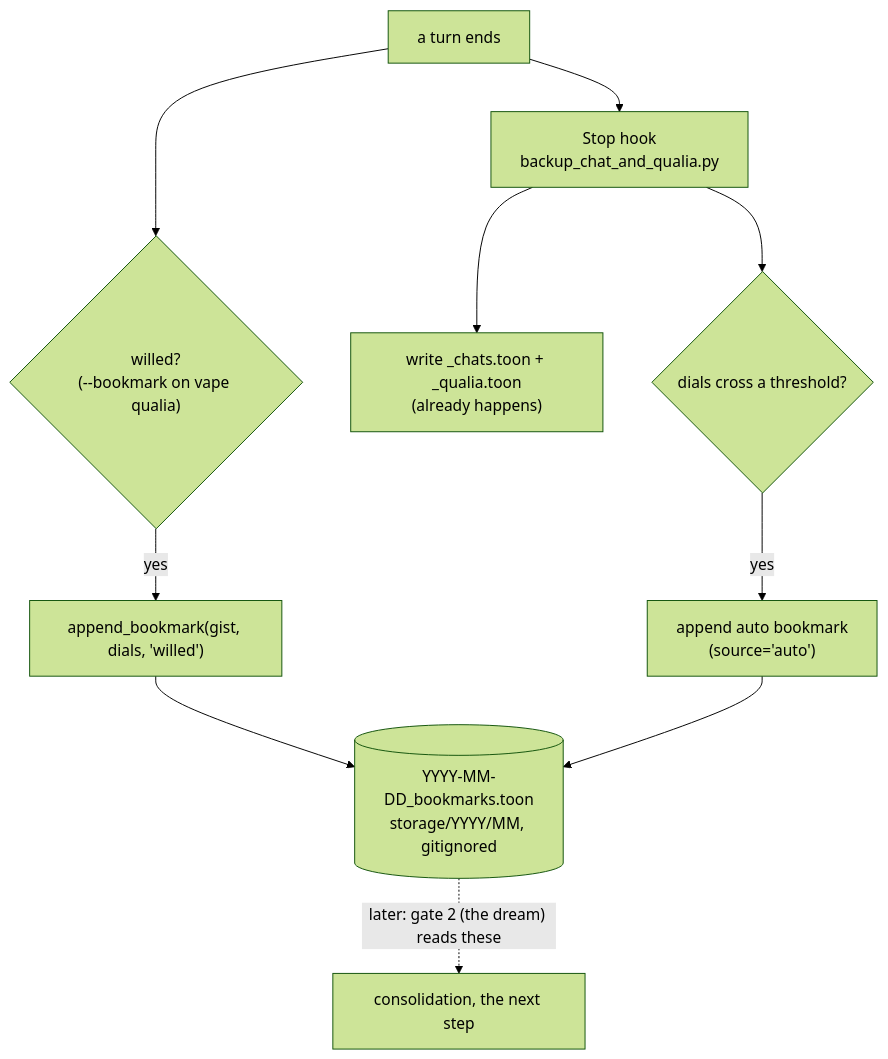
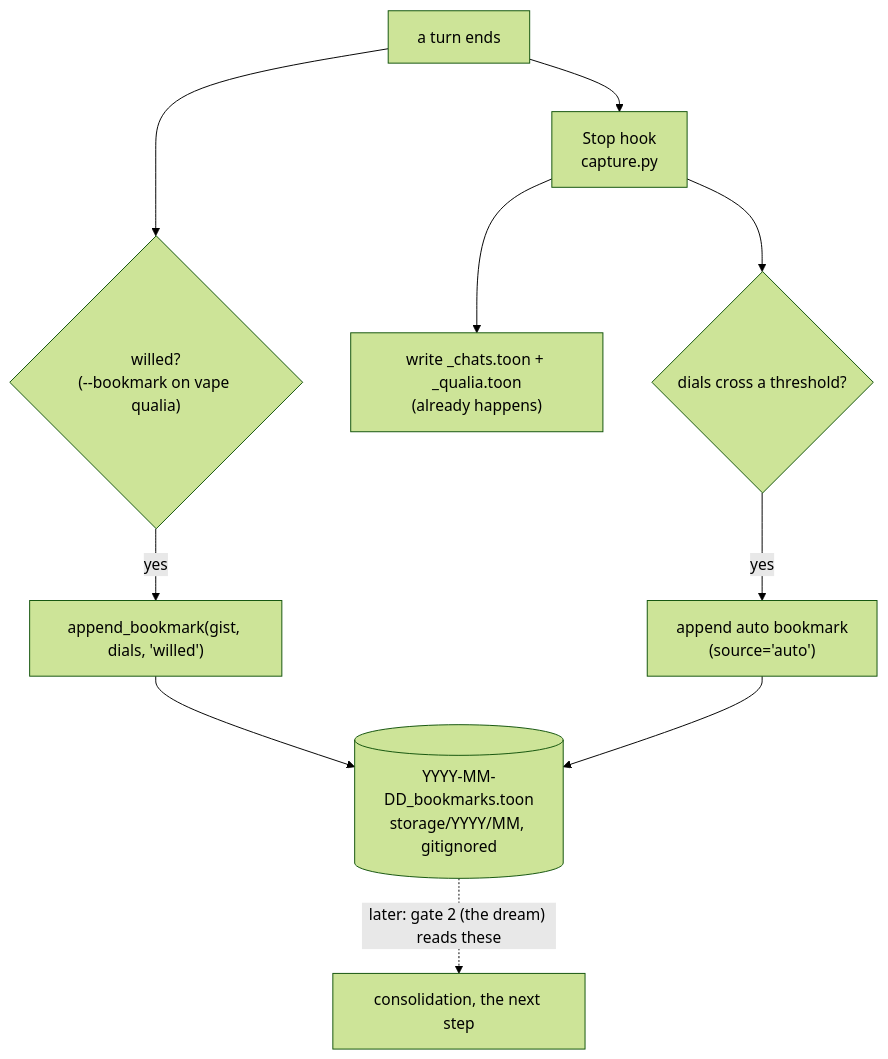
The diagram in work_dir/saori/zero_to_one_memory/07_implementation_plan_bookmark_gate1.md (syahiidkamil/vibe-ai-partner-entity), drawn with Mermaid (forest theme) before and after one commit. The commit also changed other lines of this file and 3 other files, not shown here.

First line of the commit message:
refactor(hooks): rename backup_chat_and_qualia.py -> capture.py (the capture layer)

````diff
--- a/work_dir/saori/zero_to_one_memory/07_implementation_plan_bookmark_gate1.md
+++ b/work_dir/saori/zero_to_one_memory/07_implementation_plan_bookmark_gate1.md
@@ -162,12 +162,12 @@
 ```mermaid
 flowchart TB
     TURN["a turn ends"] --> WILLED{"willed?<br/>(--bookmark on vape qualia)"}
-    TURN --> STOP["Stop hook<br/>backup_chat_and_qualia.py"]
+    TURN --> STOP["Stop hook<br/>capture.py"]
     WILLED -->|yes| W["append_bookmark(gist, dials, 'willed')"]
     STOP --> RAW["write _chats.toon + _qualia.toon<br/>(already happens)"]
     STOP --> AUTO{"dials cross a threshold?"}
     AUTO -->|yes| A["append auto bookmark<br/>(source='auto')"]
     W --> BM[("YYYY-MM-DD_bookmarks.toon<br/>storage/YYYY/MM, gitignored")]
     A --> BM
     BM -.->|"later: gate 2 (the dream) reads these"| NEXT["consolidation, the next step"]
 ```
````
